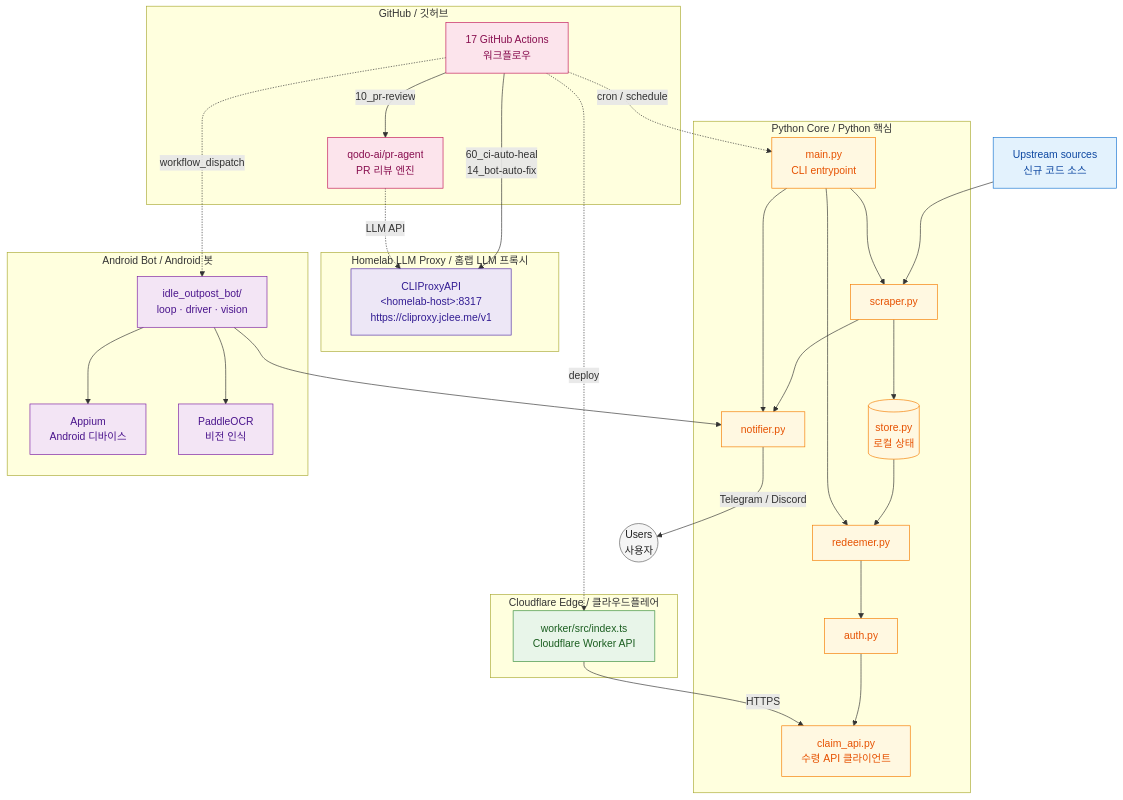
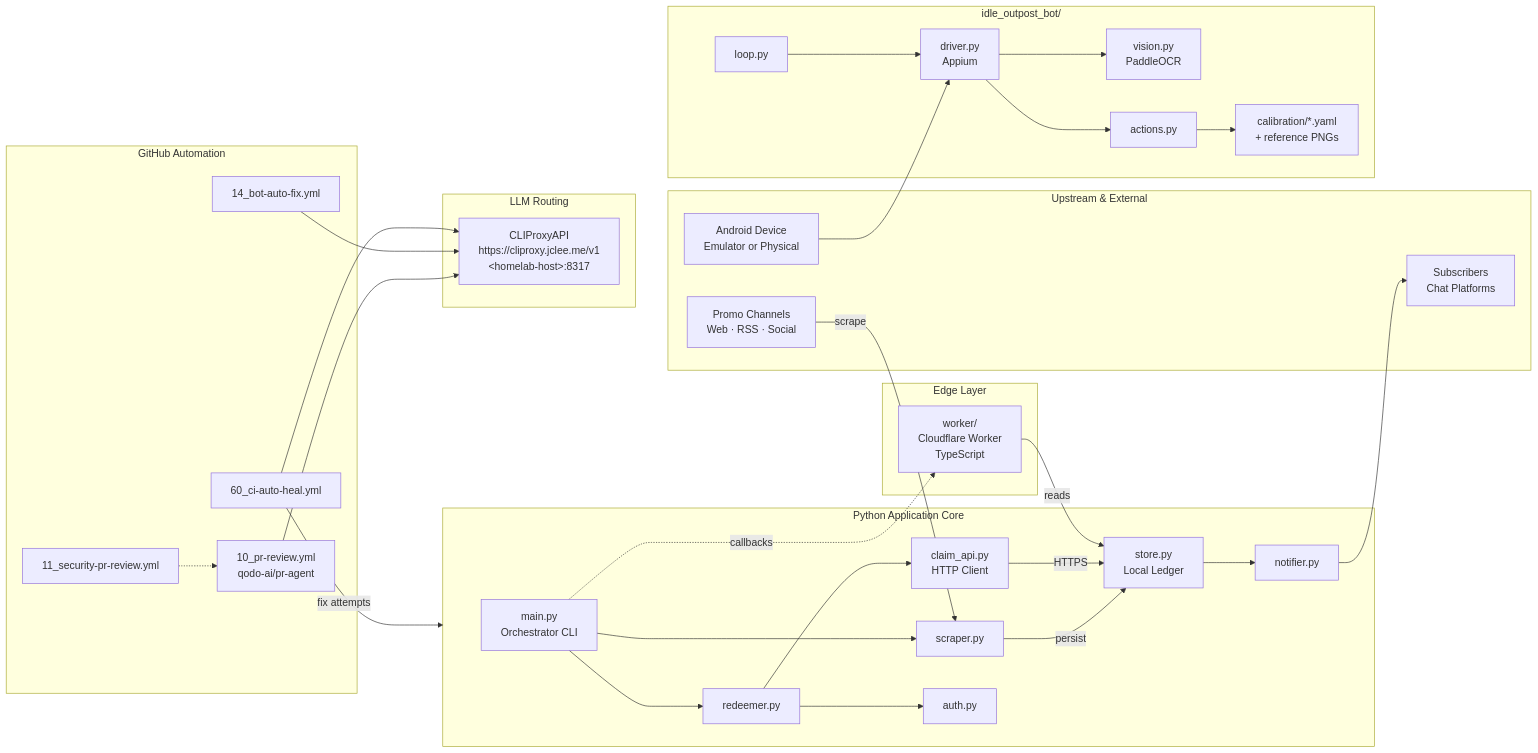
One commit to jclee941/idle-outpost changed the diagram in README.md. Above: the diagram before and after it, drawn with Mermaid. The commit also changed other lines of this file, not shown here.

Commit message:
docs: auto-update README.md (#355)

````diff
--- a/README.md
+++ b/README.md
@@ -78,65 +54,66 @@
 ```mermaid
-flowchart TB
-    classDef src fill:#e3f2fd,stroke:#1976d2,color:#0d47a1
-    classDef py fill:#fff8e1,stroke:#f57c00,color:#e65100
-    classDef bot fill:#f3e5f5,stroke:#7b1fa2,color:#4a148c
-    classDef edge fill:#e8f5e9,stroke:#388e3c,color:#1b5e20
-    classDef gh fill:#fce4ec,stroke:#c2185b,color:#880e4f
-    classDef proxy fill:#ede7f6,stroke:#512da8,color:#311b92
-    classDef user fill:#f5f5f5,stroke:#616161,color:#212121
-
-    Sources["Upstream sources<br/>신규 코드 소스"]:::src
-    Users(("Users<br/>사용자")):::user
-
-    subgraph GH["GitHub / 깃허브"]
-        Actions["17 GitHub Actions<br/>워크플로우"]:::gh
-        Qodo["qodo-ai/pr-agent<br/>PR 리뷰 엔진"]:::gh
+flowchart LR
+    subgraph EX["Upstream &amp; External"]
+        SRC["Promo Channels<br/>Web · RSS · Social"]
+        DEV["Android Device<br/>Emulator or Physical"]
+        USR["Subscribers<br/>Chat Platforms"]
     end
 
-    subgraph Proxy["Homelab LLM Proxy / 홈랩 LLM 프록시"]
-        CLIProxy["CLIProxyAPI<br/>&lt;homelab-host&gt;:8317<br/>https://cliproxy.jclee.me/v1"]:::proxy
+    subgraph CORE["Python Application Core"]
+        MAIN["main.py<br/>Orchestrator CLI"]
+        SCRAPER["scraper.py"]
+        STORE["store.py<br/>Local Ledger"]
+        REDEEMER["redeemer.py"]
+        CLAIM["claim_api.py<br/>HTTP Client"]
+        NOTIF["notifier.py"]
+        AUTH["auth.py"]
     end
 
-    subgraph PyCore["Python Core / Python 핵심"]
-        Main["main.py<br/>CLI entrypoint"]:::py
-        Scraper["scraper.py"]:::py
-        Store[("store.py<br/>로컬 상태")]:::py
-        Redeemer["redeemer.py"]:::py
-        Auth["auth.py"]:::py
-        ClaimAPI["claim_api.py<br/>수령 API 클라이언트"]:::py
-        Notifier["notifier.py"]:::py
+    subgraph BOT["idle_outpost_bot/"]
+        DRV["driver.py<br/>Appium"]
+        VIS["vision.py<br/>PaddleOCR"]
+        LOOP["loop.py"]
+        ACTIONS["actions.py"]
+        CAL["calibration/*.yaml<br/>+ reference PNGs"]
     end
 
-    subgraph Bot["Android Bot / Android 봇"]
-        BotPkg["idle_outpost_bot/<br/>loop · driver · vision"]:::bot
-        Appium["Appium<br/>Android 디바이스"]:::bot
-        OCR["PaddleOCR<br/>비전 인식"]:::bot
+    subgraph EDGE["Edge Layer"]
+        WORKER["worker/<br/>Cloudflare Worker<br/>TypeScript"]
     end
 
-    subgraph Edge["Cloudflare Edge / 클라우드플레어"]
-        Worker["worker/src/index.ts<br/>Cloudflare Worker API"]:::edge
+    subgraph LLM["LLM Routing"]
+        PROXY["CLIProxyAPI<br/>https://cliproxy.jclee.me/v1<br/>&lt;homelab-host&gt;:8317"]
     end
 
-    Sources --> Scraper
-    Scraper --> Store
-    Scraper --> Notifier
-    Notifier -->|Telegram / Discord| Users
-    Redeemer --> Auth
-    Auth --> ClaimAPI
-    Store --> Redeemer
-    Main --> Scraper
-    Main --> Redeemer
-    Main --> Notifier
+    subgraph CI["GitHub Automation"]
+        PRREV["10_pr-review.yml<br/>qodo-ai/pr-agent"]
+        SEC["11_security-pr-review.yml"]
+        AUTOFIX["14_bot-auto-fix.yml"]
+        HEAL["60_ci-auto-heal.yml"]
+    end
 
-    Worker -->|HTTPS| ClaimAPI
-    BotPkg --> Appium
-    BotPkg --> OCR
-    BotPkg --> Notifier
+    SRC -->|scrape| SCRAPER
+    SCRAPER -->|persist| STORE
+    MAIN --> SCRAPER
+    MAIN --> REDEEMER
+    REDEEMER --> CLAIM
+    REDEEMER --> AUTH
+    CLAIM -->|HTTPS| STORE
+    STORE --> NOTIF
+    NOTIF --> USR
 
-    Actions -.->|cron / schedule| Main
-    Actions -.->|deploy| Worker
-    Actions -.->|workflow_dispatch| BotPkg
-    Actions -->|10_pr-review| Qodo
-    Actions -->|60_ci-auto-heal<br/>14_bot-auto-fix| CLIProxy
-    Qodo -.->|LLM API| CLIProxy
+    DEV --> DRV
+    DRV --> VIS
+    DRV --> ACTIONS
+    ACTIONS --> CAL
+    LOOP --> DRV
+
+    MAIN -.->|callbacks| WORKER
+    WORKER -->|reads| STORE
+
+    HEAL -->|fix attempts| CORE
+    PRREV --> PROXY
+    AUTOFIX --> PROXY
+    HEAL --> PROXY
+    SEC -.-> PRREV
 ```
````
